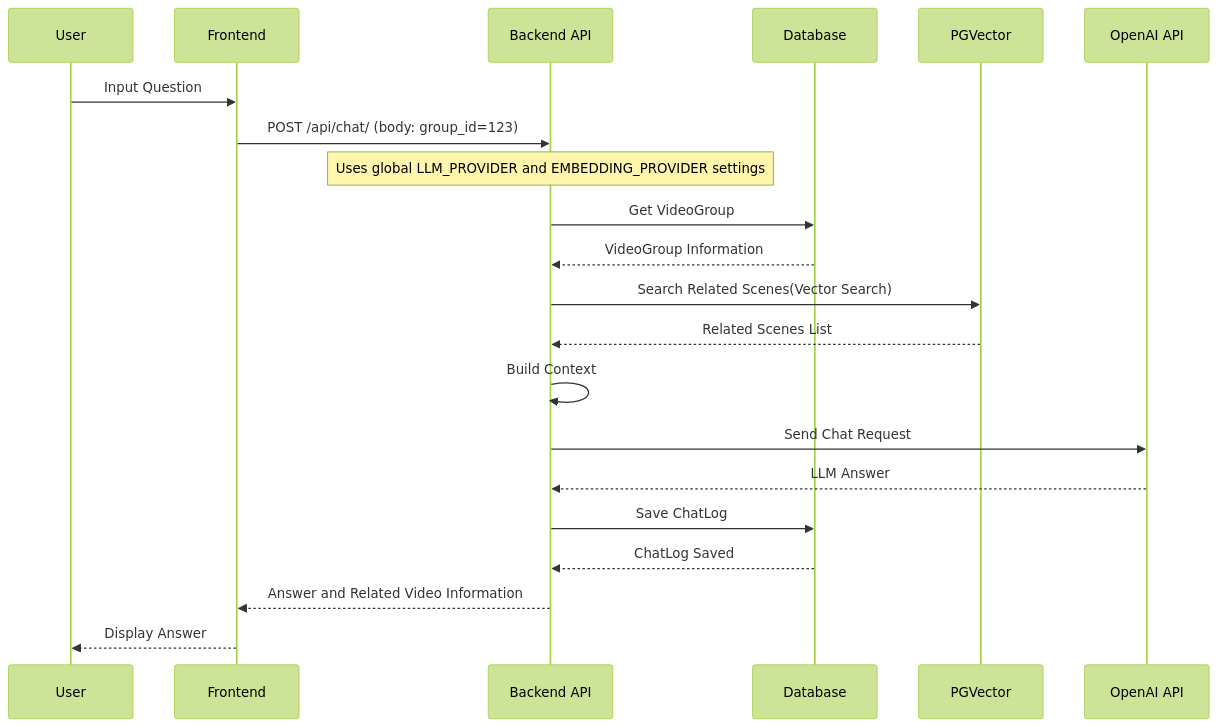
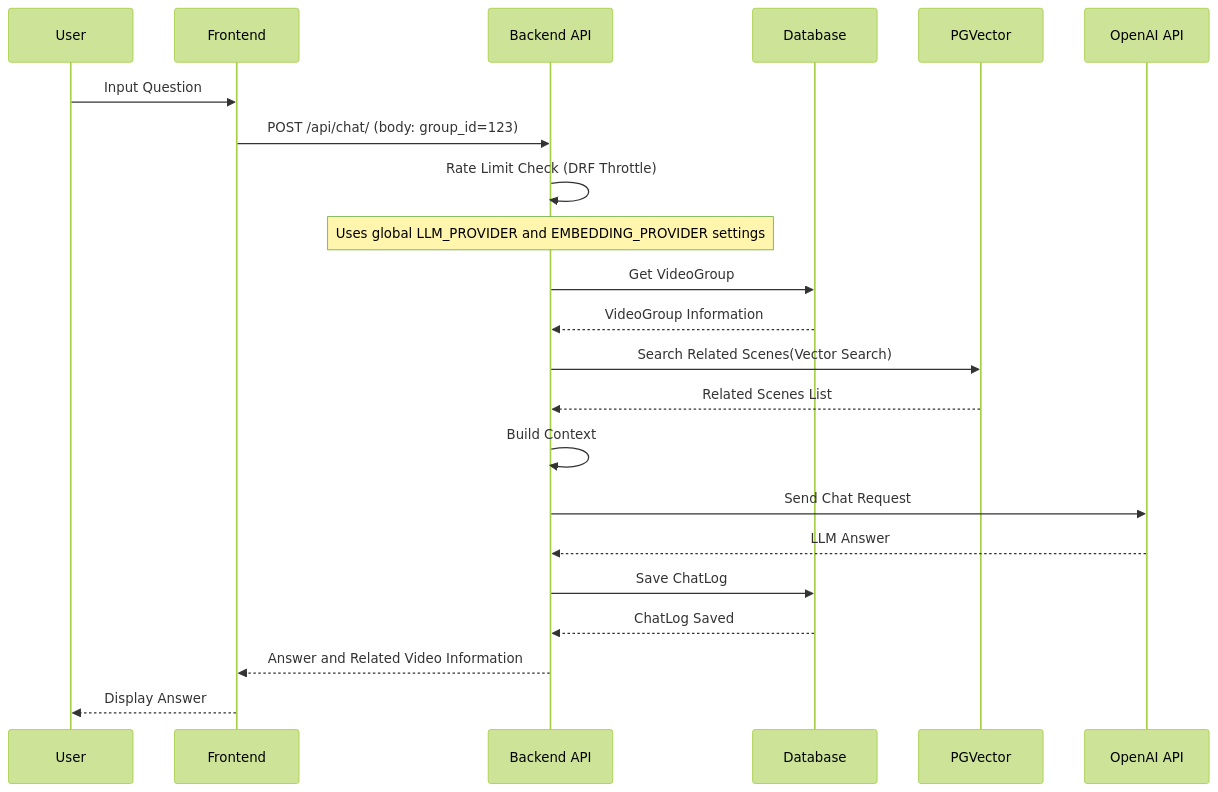
The second of 7 diagrams in docs/design/sequence-diagram.md (yukiharada1228/videoq), drawn with Mermaid (forest theme) before and after one commit. The commit also changed other lines of this file and 7 other files, not shown here.

Commit message:
docs: update diagrams and README for rate limits, CACHE_URL, and popular scenes

````diff
--- a/docs/design/sequence-diagram.md
+++ b/docs/design/sequence-diagram.md
@@ -63,24 +63,25 @@
 ```mermaid
 sequenceDiagram
     participant User as User
     participant Frontend as Frontend
     participant Backend as Backend API
     participant DB as Database
     participant PGVector as PGVector
     participant OpenAI as OpenAI API
 
     User->>Frontend: Input Question
     Frontend->>Backend: POST /api/chat/ (body: group_id=123)
+    Backend->>Backend: Rate Limit Check (DRF Throttle)
     Note over Backend: Uses global LLM_PROVIDER and EMBEDDING_PROVIDER settings
     Backend->>DB: Get VideoGroup
     DB-->>Backend: VideoGroup Information
     Backend->>PGVector: Search Related Scenes(Vector Search)
     PGVector-->>Backend: Related Scenes List
     Backend->>Backend: Build Context
     Backend->>OpenAI: Send Chat Request
     OpenAI-->>Backend: LLM Answer
     Backend->>DB: Save ChatLog
     DB-->>Backend: ChatLog Saved
     Backend-->>Frontend: Answer and Related Video Information
     Frontend-->>User: Display Answer
 ```
````
